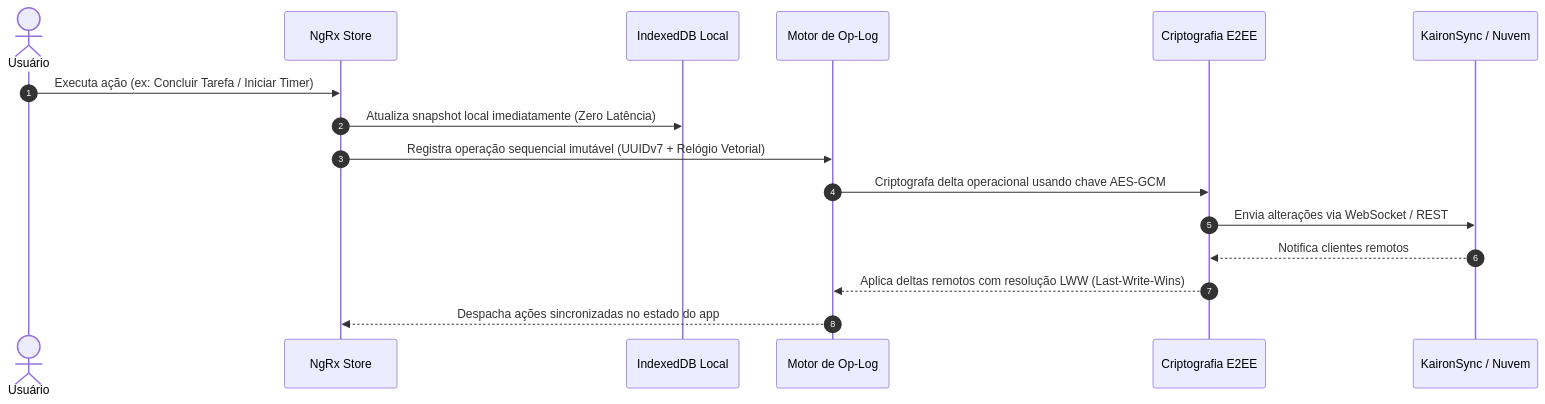
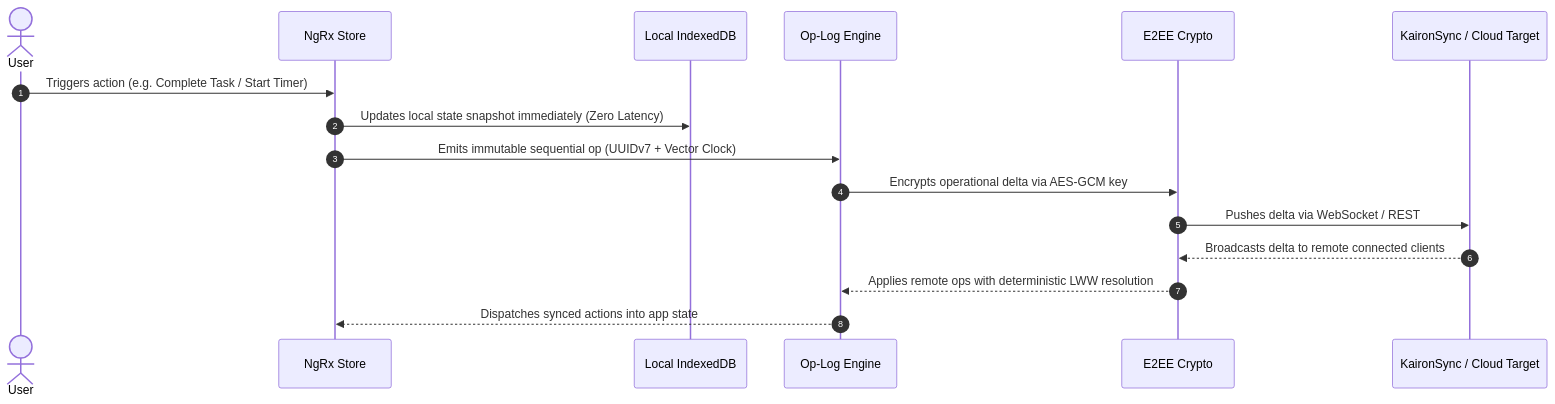
Before and after one commit to christiansousadev/kairontask: the second of 2 diagrams in README.md, drawn with Mermaid. The commit also changed other lines of this file and 15 other files, not shown here.

Commit message:
docs(architecture): unificar documentacao tecnica em docs, remover auditorias e adicionar readmes bilingues

````diff
--- a/README.md
+++ b/README.md
@@ -159,19 +163,19 @@
 ```mermaid
 sequenceDiagram
   autonumber
-  actor User as Usuário
+  actor User as User
   participant Store as NgRx Store
-  participant IDB as IndexedDB Local
-  participant OpLog as Motor de Op-Log
-  participant Crypto as Criptografia E2EE
-  participant Cloud as KaironSync / Nuvem
+  participant IDB as Local IndexedDB
+  participant OpLog as Op-Log Engine
+  participant Crypto as E2EE Crypto
+  participant Cloud as KaironSync / Cloud Target
 
-  User->>Store: Executa ação (ex: Concluir Tarefa / Iniciar Timer)
-  Store->>IDB: Atualiza snapshot local imediatamente (Zero Latência)
-  Store->>OpLog: Registra operação sequencial imutável (UUIDv7 + Relógio Vetorial)
-  OpLog->>Crypto: Criptografa delta operacional usando chave AES-GCM
-  Crypto->>Cloud: Envia alterações via WebSocket / REST
-  Cloud-->>Crypto: Notifica clientes remotos
-  Crypto-->>OpLog: Aplica deltas remotos com resolução LWW (Last-Write-Wins)
-  OpLog-->>Store: Despacha ações sincronizadas no estado do app
+  User->>Store: Triggers action (e.g. Complete Task / Start Timer)
+  Store->>IDB: Updates local state snapshot immediately (Zero Latency)
+  Store->>OpLog: Emits immutable sequential op (UUIDv7 + Vector Clock)
+  OpLog->>Crypto: Encrypts operational delta via AES-GCM key
+  Crypto->>Cloud: Pushes delta via WebSocket / REST
+  Cloud-->>Crypto: Broadcasts delta to remote connected clients
+  Crypto-->>OpLog: Applies remote ops with deterministic LWW resolution
+  OpLog-->>Store: Dispatches synced actions into app state
 ```
````
